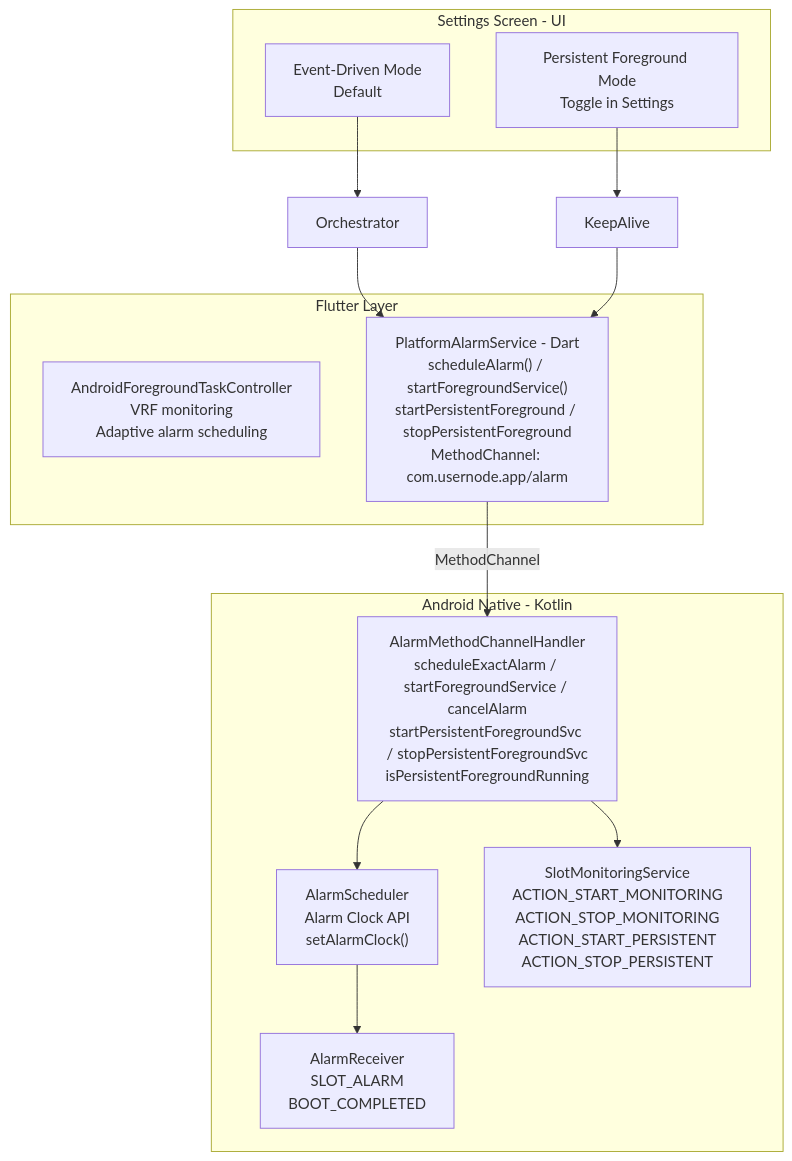
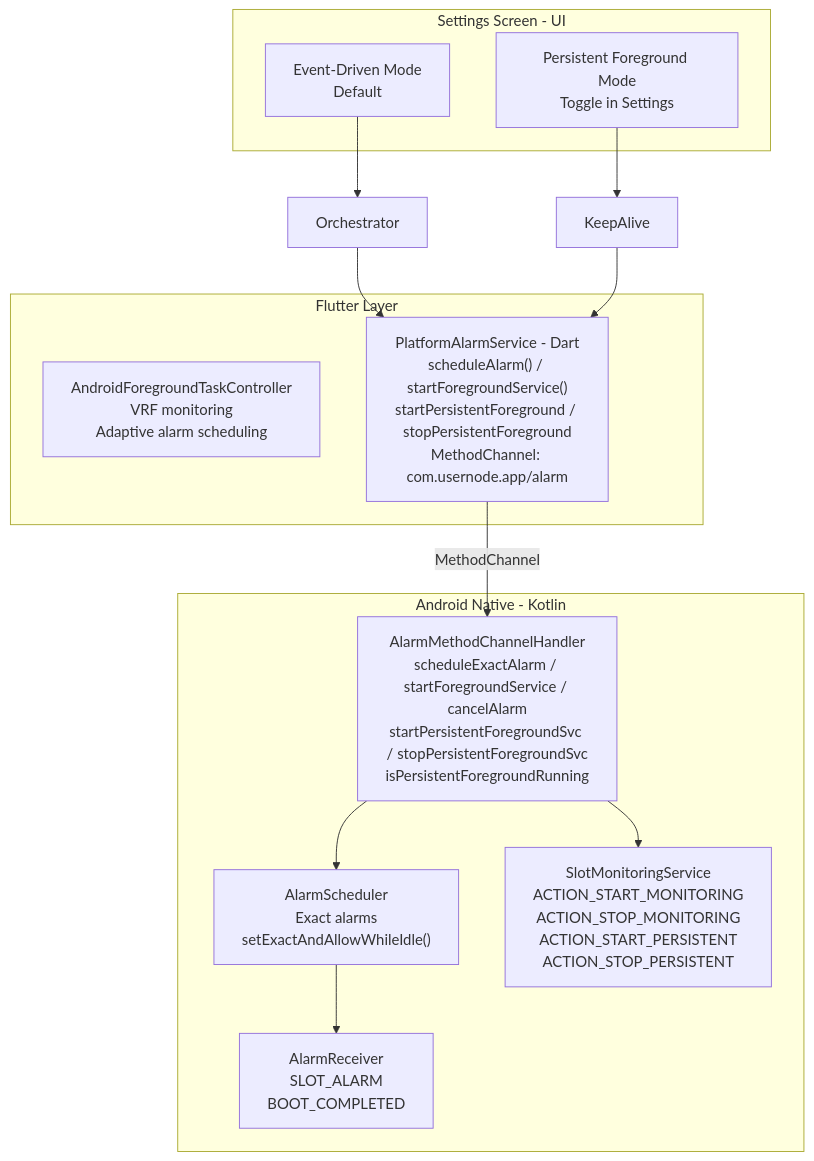
The first of 6 diagrams in docs/ANDROID_BACKGROUND_BLOCK_PRODUCTION_WORKFLOW.md (Usernode-Labs/flutter-mobile-app), drawn with Mermaid before and after one commit. The commit also changed other lines of this file and 8 other files, not shown here.

Commit message:
revert exact alarm related changes

````diff
--- a/docs/ANDROID_BACKGROUND_BLOCK_PRODUCTION_WORKFLOW.md
+++ b/docs/ANDROID_BACKGROUND_BLOCK_PRODUCTION_WORKFLOW.md
@@ -27,28 +27,28 @@
 ```mermaid
 flowchart TB
     subgraph UI["Settings Screen - UI"]
         EventMode["Event-Driven Mode<br/>Default"]
         PersistMode["Persistent Foreground Mode<br/>Toggle in Settings"]
     end
 
     subgraph Flutter["Flutter Layer"]
         ForegroundTask["AndroidForegroundTaskController<br/>VRF monitoring<br/>Adaptive alarm scheduling"]
         PlatformAlarm["PlatformAlarmService - Dart<br/>scheduleAlarm() / startForegroundService()<br/>startPersistentForeground / stopPersistentForeground<br/>MethodChannel: com.usernode.app/alarm"]
     end
 
     subgraph Android["Android Native - Kotlin"]
         ChannelHandler["AlarmMethodChannelHandler<br/>scheduleExactAlarm / startForegroundService / cancelAlarm<br/>startPersistentForegroundSvc / stopPersistentForegroundSvc<br/>isPersistentForegroundRunning"]
-        AlarmScheduler["AlarmScheduler<br/>Alarm Clock API<br/>setAlarmClock()"]
+        AlarmScheduler["AlarmScheduler<br/>Exact alarms<br/>setExactAndAllowWhileIdle()"]
         SlotService["SlotMonitoringService<br/>ACTION_START_MONITORING<br/>ACTION_STOP_MONITORING<br/>ACTION_START_PERSISTENT<br/>ACTION_STOP_PERSISTENT"]
         AlarmReceiver["AlarmReceiver<br/>SLOT_ALARM<br/>BOOT_COMPLETED"]
     end
 
     EventMode --> Orchestrator
     PersistMode --> KeepAlive
     Orchestrator --> PlatformAlarm
     KeepAlive --> PlatformAlarm
     PlatformAlarm -->|"MethodChannel"| ChannelHandler
     ChannelHandler --> AlarmScheduler
     ChannelHandler --> SlotService
     AlarmScheduler --> AlarmReceiver
 ```
````
